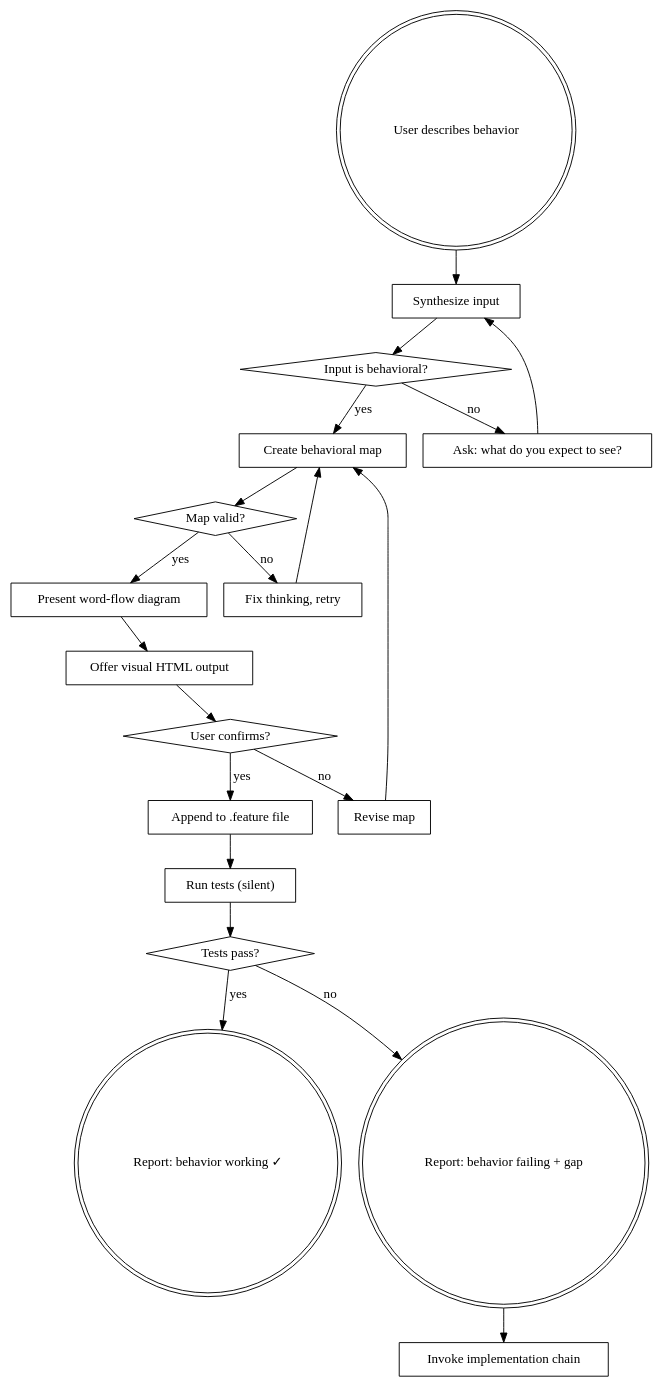
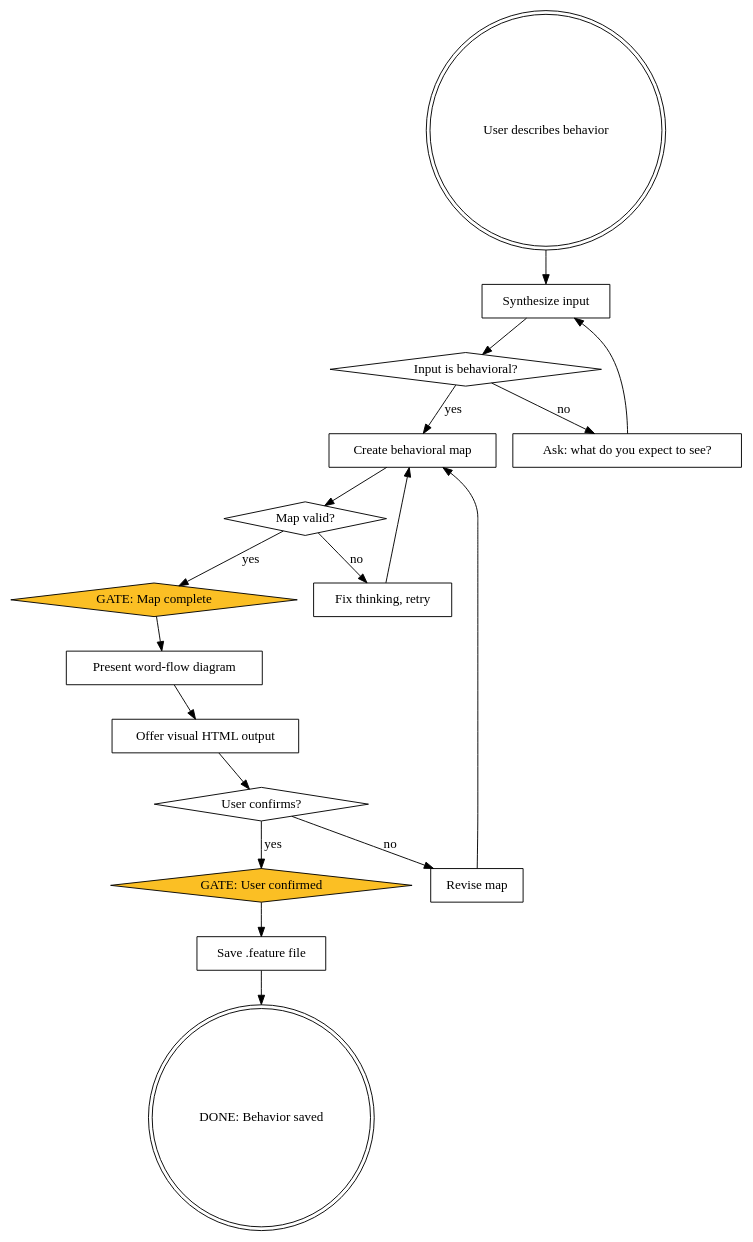
Before and after one commit to novykh/goodboy: the diagram in skills/behavior-translator/SKILL.md, drawn with Graphviz. The commit also changed other lines of this file and 13 other files, not shown here.

````diff
--- a/skills/behavior-translator/SKILL.md
+++ b/skills/behavior-translator/SKILL.md
@@ -54,41 +50,37 @@
 ```dot
 digraph behavior_translator {
     "User describes behavior" [shape=doublecircle];
     "Synthesize input" [shape=box];
     "Input is behavioral?" [shape=diamond];
     "Ask: what do you expect to see?" [shape=box];
     "Create behavioral map" [shape=box];
     "Map valid?" [shape=diamond];
     "Fix thinking, retry" [shape=box];
+    "GATE: Map complete" [shape=diamond, style=filled, fillcolor="#fbbf24"];
     "Present word-flow diagram" [shape=box];
     "Offer visual HTML output" [shape=box];
     "User confirms?" [shape=diamond];
     "Revise map" [shape=box];
-    "Append to .feature file" [shape=box];
-    "Run tests (silent)" [shape=box];
-    "Tests pass?" [shape=diamond];
-    "Report: behavior working ✓" [shape=doublecircle];
-    "Report: behavior failing + gap" [shape=doublecircle];
-    "Invoke implementation chain" [shape=box];
+    "GATE: User confirmed" [shape=diamond, style=filled, fillcolor="#fbbf24"];
+    "Save .feature file" [shape=box];
+    "DONE: Behavior saved" [shape=doublecircle];
 
     "User describes behavior" -> "Synthesize input";
     "Synthesize input" -> "Input is behavioral?";
     "Input is behavioral?" -> "Create behavioral map" [label="yes"];
     "Input is behavioral?" -> "Ask: what do you expect to see?" [label="no"];
     "Ask: what do you expect to see?" -> "Synthesize input";
     "Create behavioral map" -> "Map valid?";
-    "Map valid?" -> "Present word-flow diagram" [label="yes"];
+    "Map valid?" -> "GATE: Map complete" [label="yes"];
     "Map valid?" -> "Fix thinking, retry" [label="no"];
     "Fix thinking, retry" -> "Create behavioral map";
+    "GATE: Map complete" -> "Present word-flow diagram";
     "Present word-flow diagram" -> "Offer visual HTML output";
     "Offer visual HTML output" -> "User confirms?";
-    "User confirms?" -> "Append to .feature file" [label="yes"];
+    "User confirms?" -> "GATE: User confirmed" [label="yes"];
     "User confirms?" -> "Revise map" [label="no"];
     "Revise map" -> "Create behavioral map";
-    "Append to .feature file" -> "Run tests (silent)";
-    "Run tests (silent)" -> "Tests pass?";
-    "Tests pass?" -> "Report: behavior working ✓" [label="yes"];
-    "Tests pass?" -> "Report: behavior failing + gap" [label="no"];
-    "Report: behavior failing + gap" -> "Invoke implementation chain";
+    "GATE: User confirmed" -> "Save .feature file";
+    "Save .feature file" -> "DONE: Behavior saved";
 }
 ```
````
